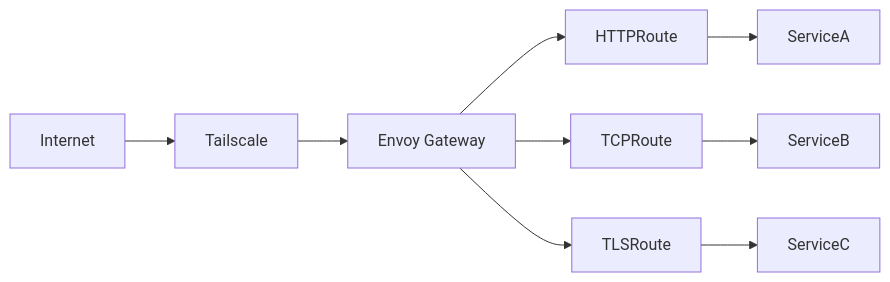
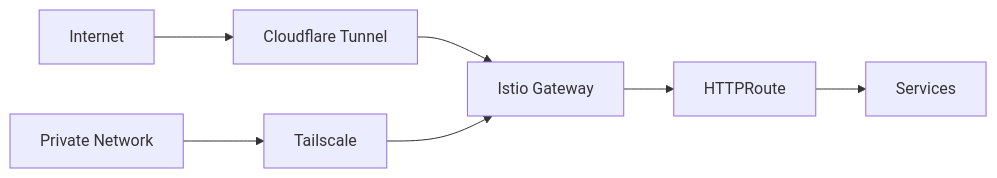
The eighth of 8 diagrams in README.md (tomasz-wostal-eu/cd-homelab), drawn with Mermaid before and after one commit. The commit also changed other lines of this file and 1 other file, not shown here.

````diff
--- a/README.md
+++ b/README.md
@@ -297,7 +313,6 @@
 ```mermaid
 flowchart LR
-    Internet --> Tailscale --> Gateway[Envoy Gateway]
-    Gateway --> HTTPRoute --> ServiceA
-    Gateway --> TCPRoute --> ServiceB
-    Gateway --> TLSRoute --> ServiceC
+    Internet --> Cloudflare[Cloudflare Tunnel] --> Gateway[Istio Gateway]
+    PrivateNet[Private Network] --> Tailscale --> Gateway
+    Gateway --> HTTPRoute --> Services
 ```
````
